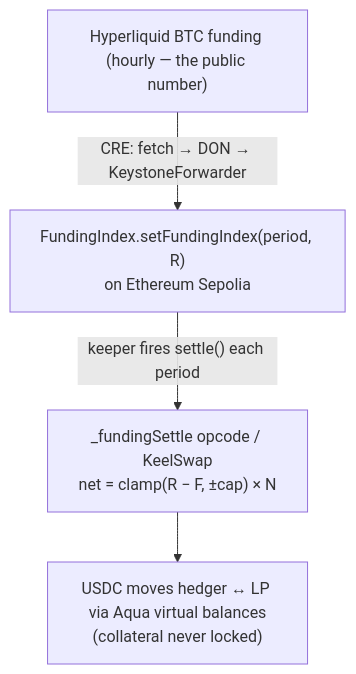
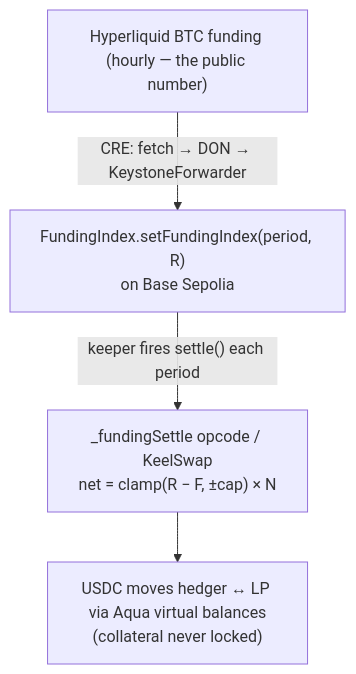
One commit to 0xYudhishthra/TenorFi changed the second of 2 diagrams in README.md. Above: the diagram before and after it, drawn with Mermaid. The commit also changed other lines of this file and 6 other files, not shown here.

First line of the commit message:
chore: switch deploy target to Base Sepolia (LI.FI Composer is on Base Sepolia)

````diff
--- a/README.md
+++ b/README.md
@@ -63,6 +63,6 @@
 ```mermaid
 flowchart TB
-    A["Hyperliquid BTC funding (hourly — the public number)"] -->|"CRE: fetch → DON → KeystoneForwarder"| B["FundingIndex.setFundingIndex(period, R)<br/>on Ethereum Sepolia"]
+    A["Hyperliquid BTC funding (hourly — the public number)"] -->|"CRE: fetch → DON → KeystoneForwarder"| B["FundingIndex.setFundingIndex(period, R)<br/>on Base Sepolia"]
     B -->|"keeper fires settle() each period"| C["_fundingSettle opcode / KeelSwap<br/>net = clamp(R − F, ±cap) × N"]
     C --> D["USDC moves hedger ↔ LP via Aqua virtual balances<br/>(collateral never locked)"]
 ```
````
